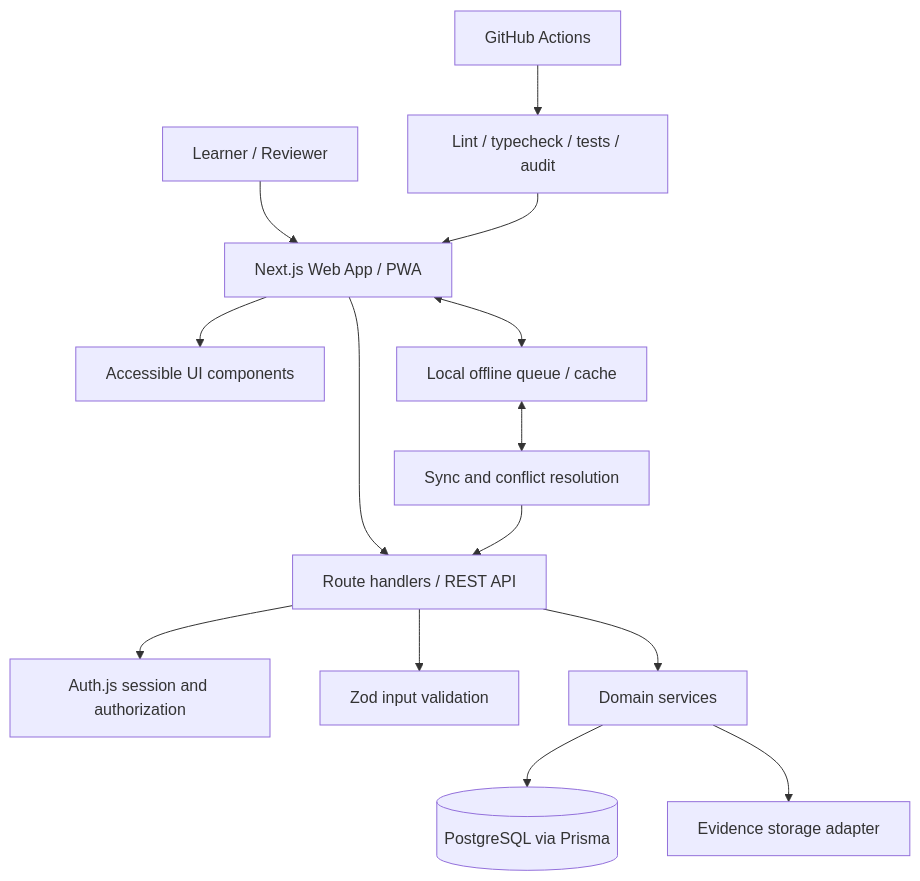
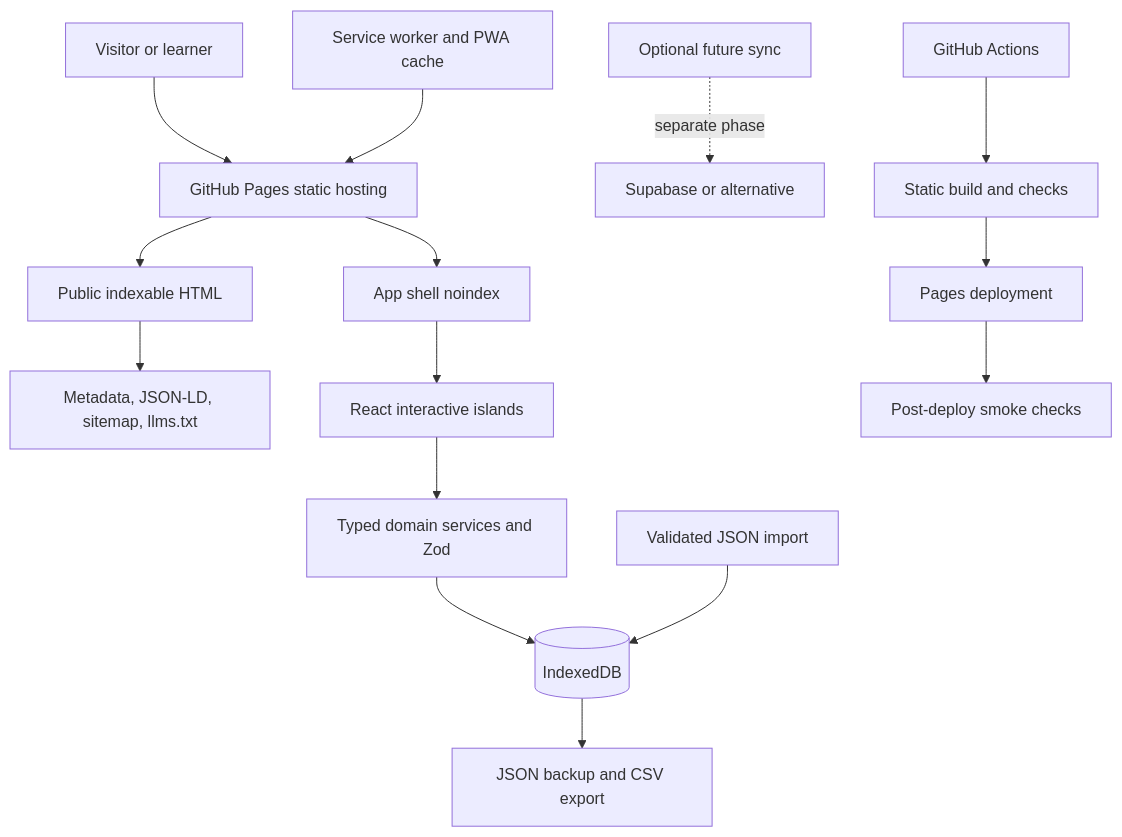
The diagram in docs/ARCHITECTURE.md (MANayab/Growvidence), drawn with Mermaid before and after one commit. The commit also changed other lines of this file and 8 other files, not shown here.

Commit message:
docs: redesign architecture for Pages and local-first SEO

````diff
--- a/docs/ARCHITECTURE.md
+++ b/docs/ARCHITECTURE.md
@@ -34,16 +29,17 @@
 ```mermaid
 flowchart TD
-  Learner[ Learner / Reviewer ] --> Web[ Next.js Web App / PWA ]
-  Web --> UI[ Accessible UI components ]
-  Web --> API[ Route handlers / REST API ]
-  API --> Auth[ Auth.js session and authorization ]
-  API --> Validation[ Zod input validation ]
-  API --> Domain[ Domain services ]
-  Domain --> DB[( PostgreSQL via Prisma )]
-  Domain --> Files[ Evidence storage adapter ]
-  Web <--> Offline[ Local offline queue / cache ]
-  Offline <--> Sync[ Sync and conflict resolution ]
-  Sync --> API
-  CI[ GitHub Actions ] --> Checks[ Lint / typecheck / tests / audit ]
-  Checks --> Web
+ Visitor[Visitor or learner] --> Pages[GitHub Pages static hosting]
+ Pages --> Public[Public indexable HTML]
+ Pages --> App[App shell noindex]
+ Public --> SEO[Metadata, JSON-LD, sitemap, llms.txt]
+ App --> UI[React interactive islands]
+ UI --> Domain[Typed domain services and Zod]
+ Domain --> DB[(IndexedDB)]
+ DB --> Export[JSON backup and CSV export]
+ Import[Validated JSON import] --> DB
+ SW[Service worker and PWA cache] --> Pages
+ Future[Optional future sync] -. separate phase .-> API[Supabase or alternative]
+ CI[GitHub Actions] --> Build[Static build and checks]
+ Build --> Deploy[Pages deployment]
+ Deploy --> Check[Post-deploy smoke checks]
 ```
````
